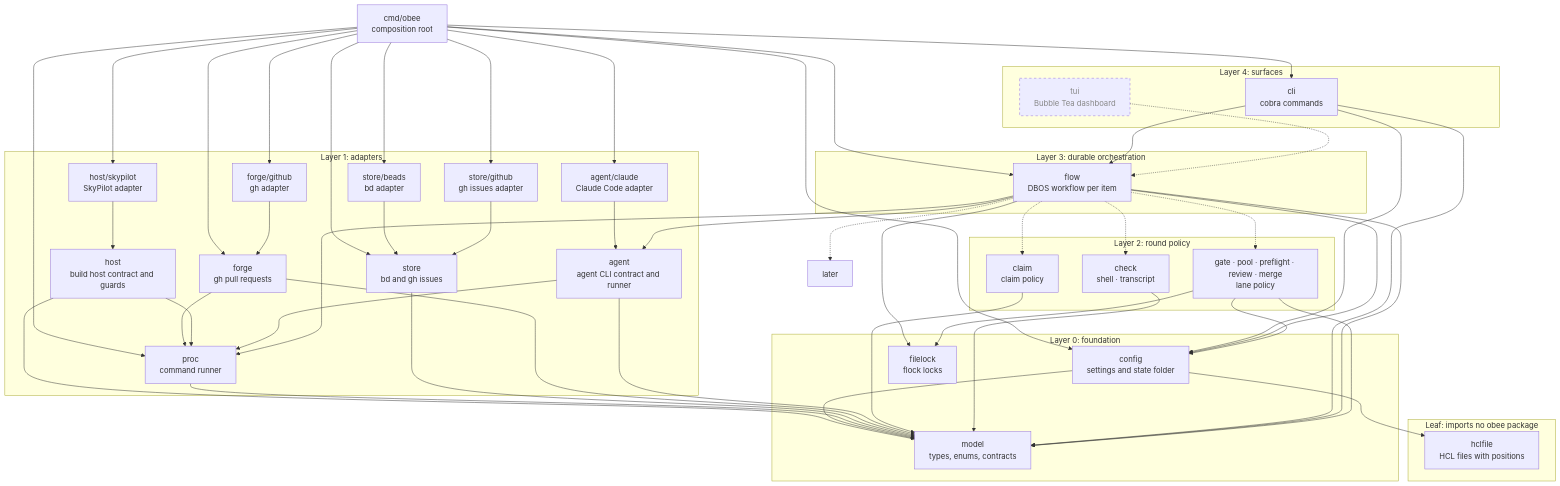
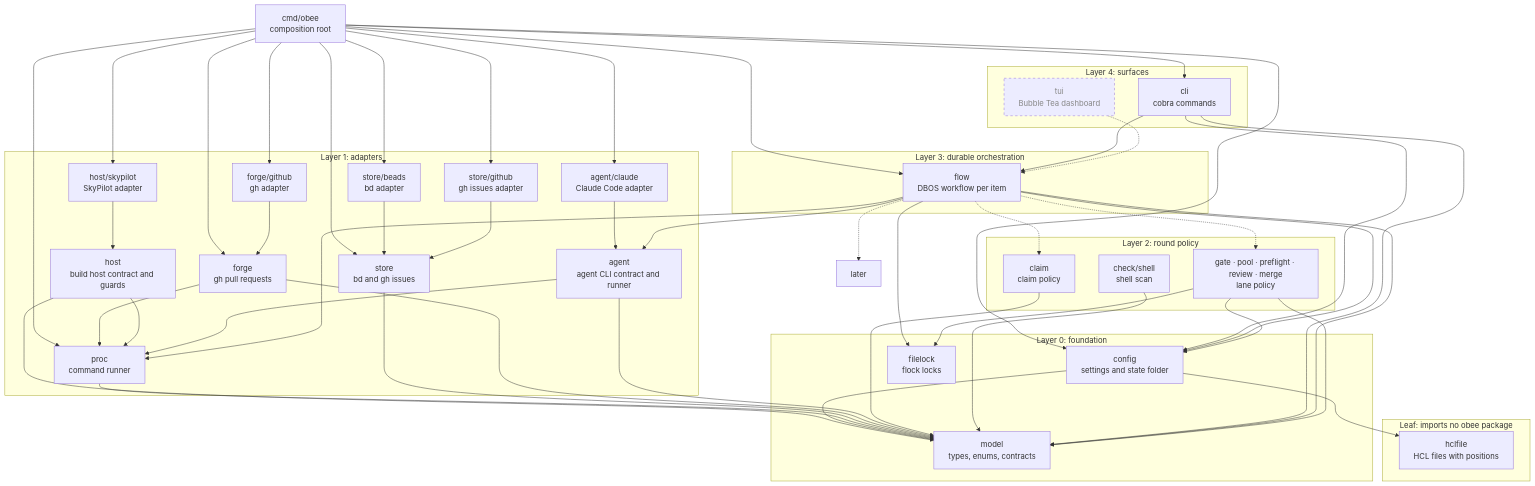
One commit to tobocop2/beehave changed the first of 3 diagrams in docs/architecture.md. Above: the diagram before and after it, drawn with Mermaid. The commit also changed other lines of this file and 41 other files, not shown here.

```diff
--- a/docs/architecture.md
+++ b/docs/architecture.md
@@ -23,7 +23,7 @@
 
     subgraph L2["Layer 2: round policy"]
         claim["claim<br/>claim policy"]
-        check["check<br/>shell · transcript"]
+        check["check/shell<br/>shell scan"]
         policy["gate · pool · preflight · review · merge<br/>lane policy"]
     end
 
@@ -91,7 +91,6 @@
 
     tui -.-> flow
     flow -.-> claim
-    flow -.-> check
     flow -.-> policy
     flow -.-> later
     policy --> model
```
